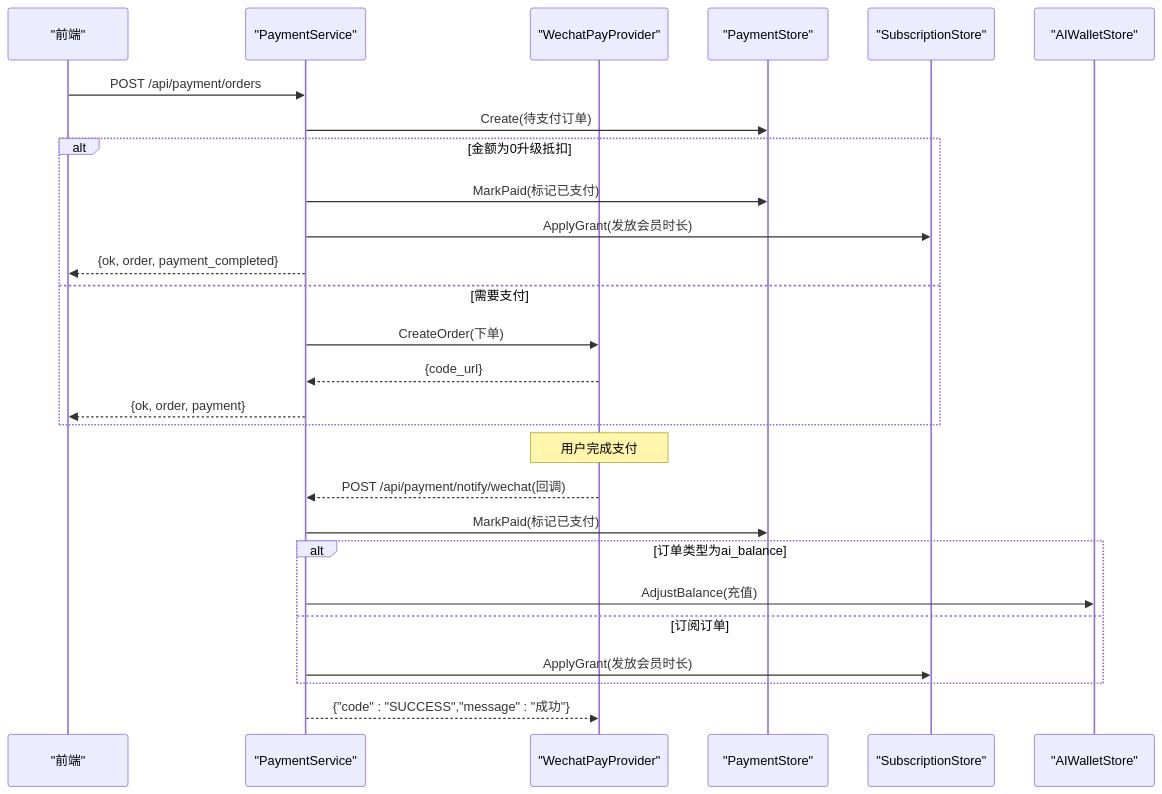
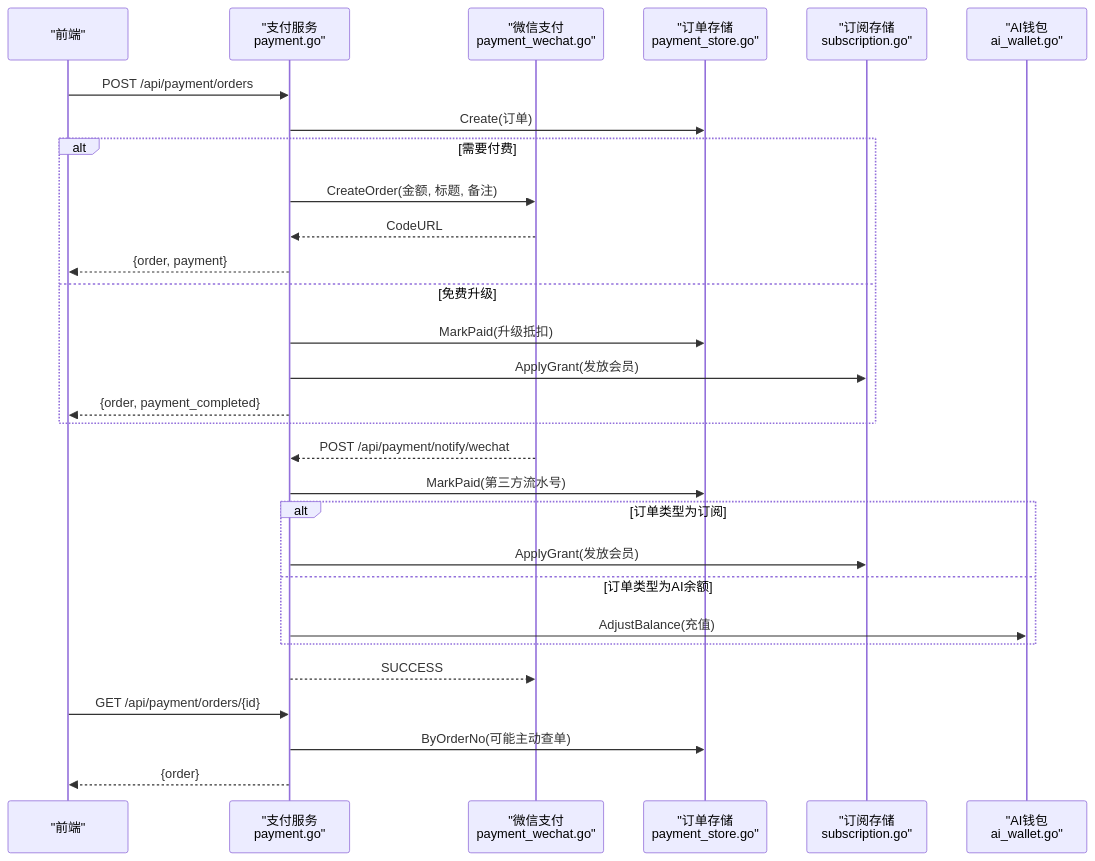
The second of 3 diagrams in .qoder/repowiki/zh/content/API接口文档/云端REST API/支付订阅API/支付订阅API.md (alvinwangzi/goodhr), drawn with Mermaid before and after one commit. The commit also changed other lines of this file and 149 other files, not shown here.

````diff
--- a/.qoder/repowiki/zh/content/API接口文档/云端REST API/支付订阅API/支付订阅API.md
+++ b/.qoder/repowiki/zh/content/API接口文档/云端REST API/支付订阅API/支付订阅API.md
@@ -95,29 +100,31 @@
 ```mermaid
 sequenceDiagram
 participant FE as "前端"
-participant API as "PaymentService"
-participant WX as "WechatPayProvider"
-participant STORE as "PaymentStore"
-participant SUB as "SubscriptionStore"
-participant WALLET as "AIWalletStore"
+participant API as "支付服务<br/>payment.go"
+participant WX as "微信支付<br/>payment_wechat.go"
+participant STORE as "订单存储<br/>payment_store.go"
+participant SUB as "订阅存储<br/>subscription.go"
+participant WALLET as "AI钱包<br/>ai_wallet.go"
 FE->>API : POST /api/payment/orders
-API->>STORE : Create(待支付订单)
-alt 金额为0升级抵扣
-API->>STORE : MarkPaid(标记已支付)
-API->>SUB : ApplyGrant(发放会员时长)
-API-->>FE : {ok, order, payment_completed}
-else 需要支付
-API->>WX : CreateOrder(下单)
-WX-->>API : {code_url}
-API-->>FE : {ok, order, payment}
+API->>STORE : Create(订单)
+alt 需要付费
+API->>WX : CreateOrder(金额, 标题, 备注)
+WX-->>API : CodeURL
+API-->>FE : {order, payment}
+else 免费升级
+API->>STORE : MarkPaid(升级抵扣)
+API->>SUB : ApplyGrant(发放会员)
+API-->>FE : {order, payment_completed}
 end
-Note over WX : 用户完成支付
-WX-->>API : POST /api/payment/notify/wechat(回调)
-API->>STORE : MarkPaid(标记已支付)
-alt 订单类型为ai_balance
+WX-->>API : POST /api/payment/notify/wechat
+API->>STORE : MarkPaid(第三方流水号)
+alt 订单类型为订阅
+API->>SUB : ApplyGrant(发放会员)
+else 订单类型为AI余额
 API->>WALLET : AdjustBalance(充值)
-else 订阅订单
-API->>SUB : ApplyGrant(发放会员时长)
 end
-API-->>WX : {"code" : "SUCCESS","message" : "成功"}
+API-->>WX : SUCCESS
+FE->>API : GET /api/payment/orders/{id}
+API->>STORE : ByOrderNo(可能主动查单)
+API-->>FE : {order}
 ```
````
